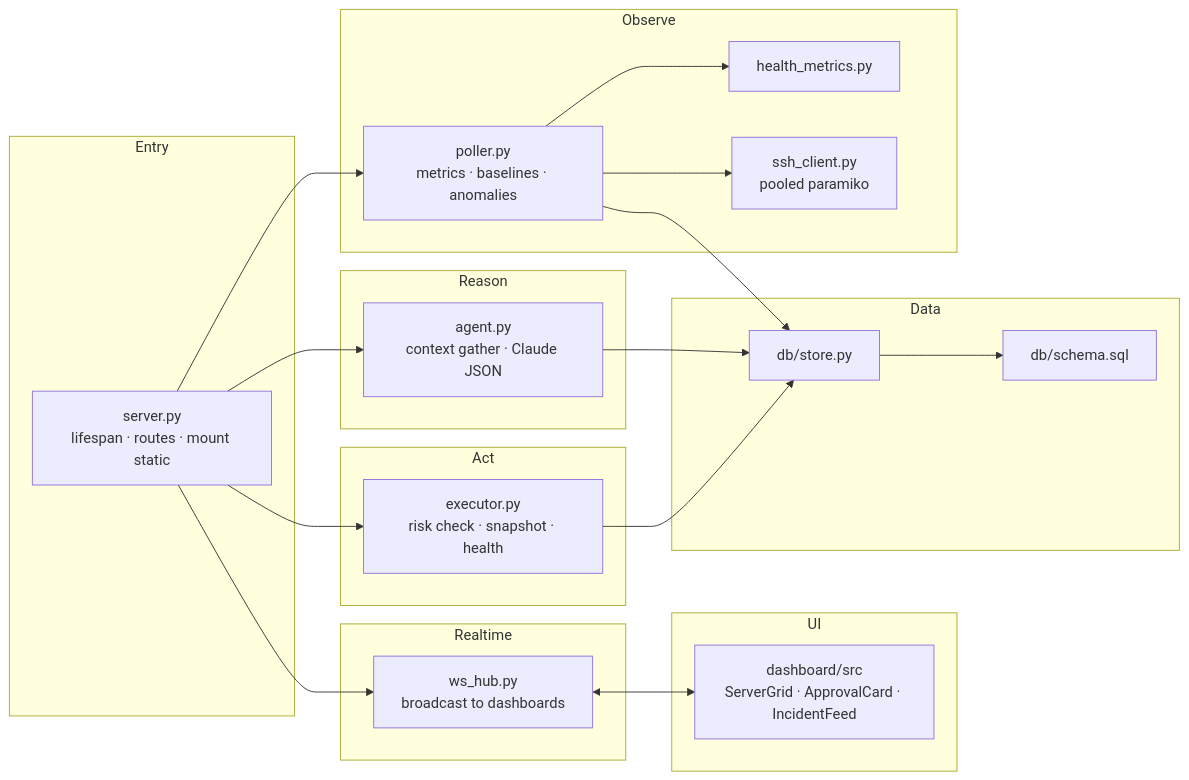
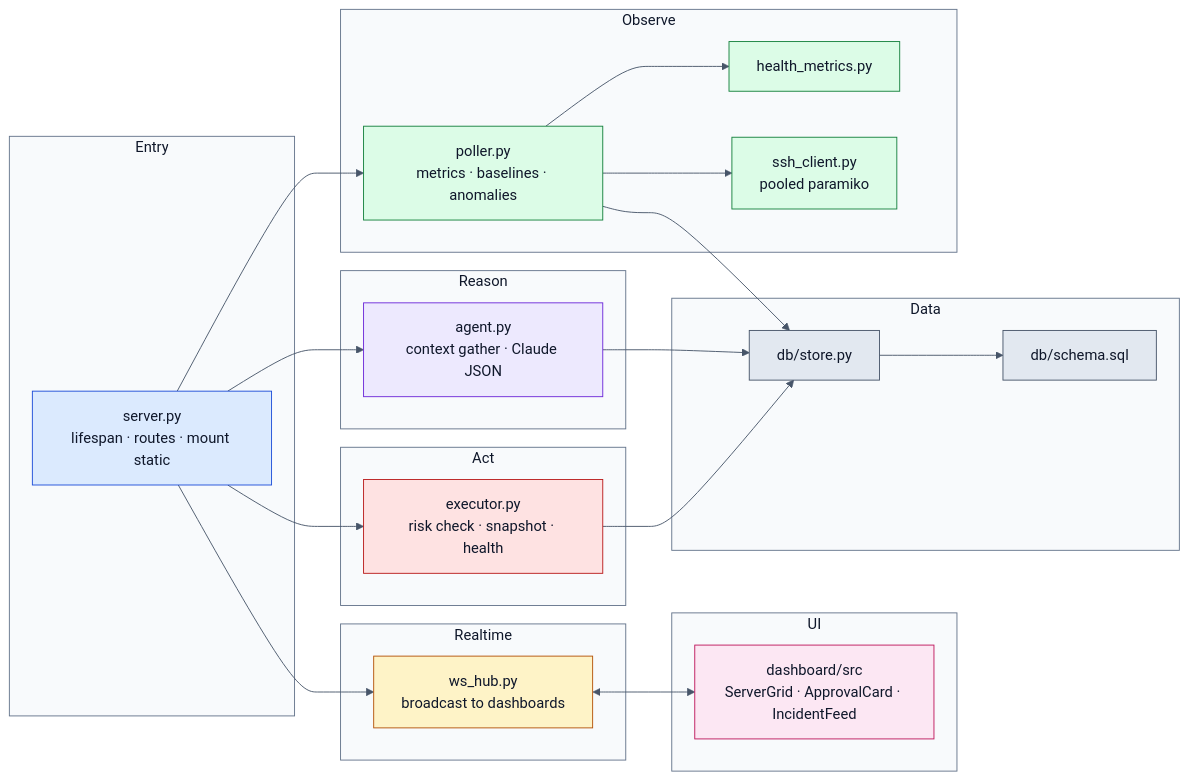
Before and after one commit to NevilPatel01/devops-mcp: the sixth of 12 diagrams in README.md, drawn with Mermaid. The commit also changed other lines of this file and 34 other files, not shown here.

````diff
--- a/README.md
+++ b/README.md
@@ -216,39 +363,55 @@
 ```mermaid
+%%{init: {'theme':'base', 'themeVariables': {'primaryTextColor':'#0f172a','secondaryTextColor':'#0f172a','tertiaryTextColor':'#0f172a','lineColor':'#475569','textColor':'#0f172a','clusterBkg':'#f8fafc','clusterBorder':'#64748b','titleColor':'#0f172a'}}}%%
 flowchart LR
   subgraph Entry
     server["server.py<br/>lifespan · routes · mount static"]
   end
 
   subgraph Observe
     poller["poller.py<br/>metrics · baselines · anomalies"]
     metrics["health_metrics.py"]
     ssh["ssh_client.py<br/>pooled paramiko"]
     poller --> metrics & ssh
   end
 
   subgraph Reason
     agent["agent.py<br/>context gather · Claude JSON"]
   end
 
   subgraph Act
     executor["executor.py<br/>risk check · snapshot · health"]
   end
 
   subgraph Realtime
     hub["ws_hub.py<br/>broadcast to dashboards"]
   end
 
   subgraph UI
     react["dashboard/src<br/>ServerGrid · ApprovalCard · IncidentFeed"]
   end
 
   subgraph Data
     store["db/store.py"]
     schema["db/schema.sql"]
     store --> schema
   end
 
   server --> poller & agent & executor & hub
   hub <--> react
   poller & agent & executor --> store
+
+  classDef entry fill:#dbeafe,stroke:#1d4ed8,color:#0f172a
+  classDef observe fill:#dcfce7,stroke:#15803d,color:#0f172a
+  classDef reason fill:#ede9fe,stroke:#6d28d9,color:#0f172a
+  classDef act fill:#fee2e2,stroke:#b91c1c,color:#0f172a
+  classDef realtime fill:#fef3c7,stroke:#b45309,color:#0f172a
+  classDef ui fill:#fce7f3,stroke:#be185d,color:#0f172a
+  classDef data fill:#e2e8f0,stroke:#475569,color:#0f172a
+  class server entry
+  class poller,metrics,ssh observe
+  class agent reason
+  class executor act
+  class hub realtime
+  class react ui
+  class store,schema data
 ```
````
